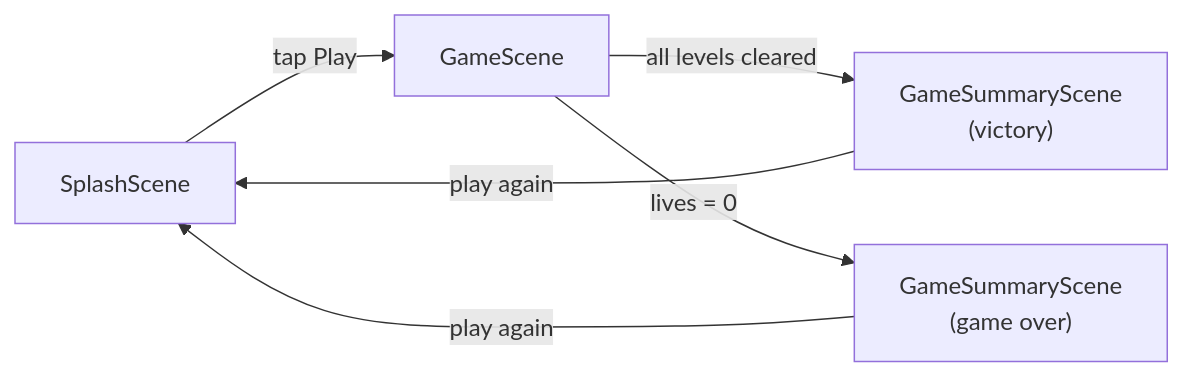
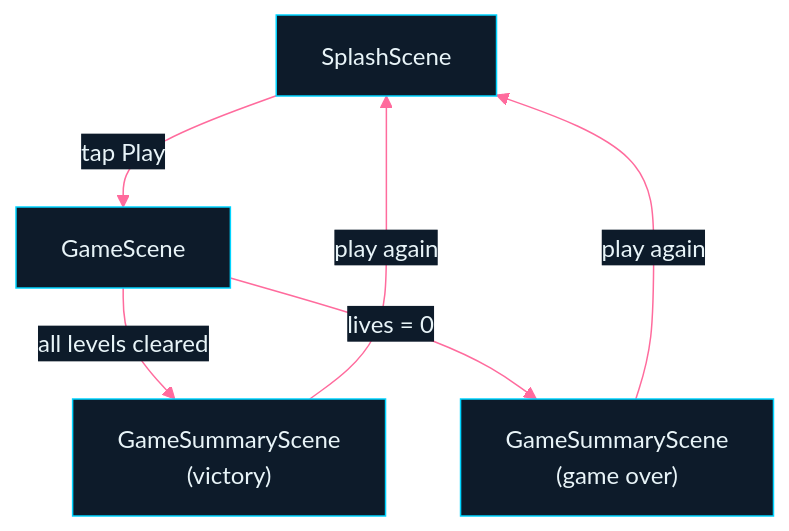
The second of 3 diagrams in docs/architecture.md (olesu/claude-breakout-game), drawn with Mermaid before and after one commit. The commit also changed other lines of this file, not shown here.

First line of the commit message:
docs: vertical layout and neon colours for Mermaid diagrams (#113)

```diff
--- a/docs/architecture.md
+++ b/docs/architecture.md
@@ -80,8 +88,15 @@
 <pre class="mermaid">
-flowchart LR
+%%{init: {'theme': 'base', 'themeVariables': {
+  'primaryColor': '#0d1b2a',
+  'primaryTextColor': '#e8f4f8',
+  'primaryBorderColor': '#00d4ff',
+  'lineColor': '#ff6b9d',
+  'edgeLabelBackground': '#0d1b2a'
+}}}%%
+flowchart TD
     SplashScene -->|"tap Play"| GameScene
     GameScene -->|"all levels cleared"| GS_Victory["GameSummaryScene\n(victory)"]
     GameScene -->|"lives = 0"| GS_GameOver["GameSummaryScene\n(game over)"]
     GS_Victory -->|"play again"| SplashScene
     GS_GameOver -->|"play again"| SplashScene
 </pre>
```
